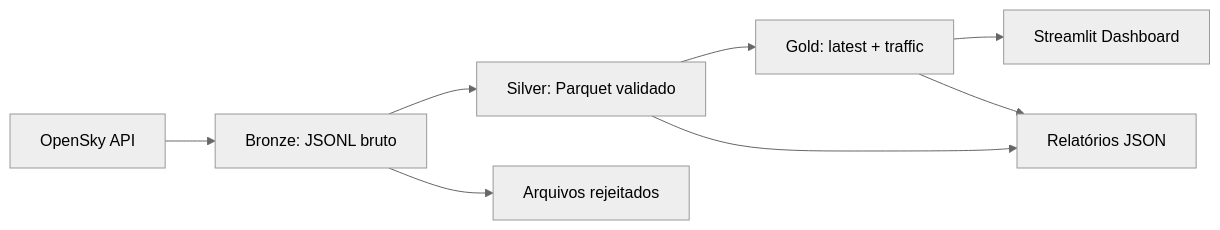
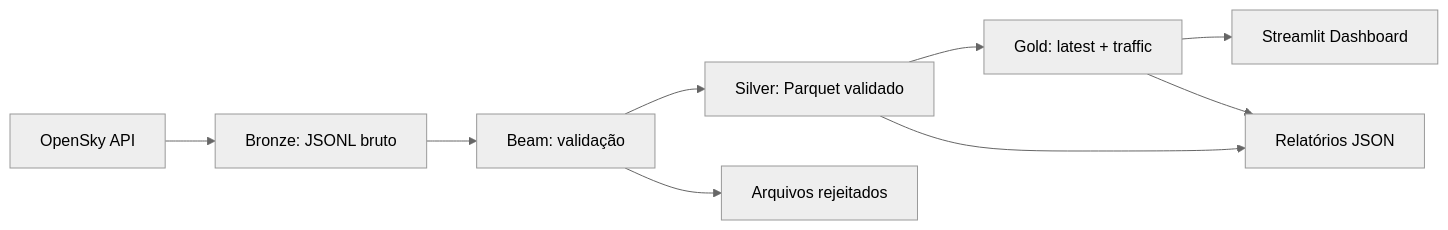
The diagram in docs/data_flow.md (Lal3x/air-traffic-medallion-pipeline), drawn with Mermaid (neutral theme) before and after one commit. The commit also changed other lines of this file and 15 other files, not shown here.

````diff
--- a/docs/data_flow.md
+++ b/docs/data_flow.md
@@ -7,10 +7,11 @@
 ```mermaid
 flowchart LR
     A[OpenSky API] --> B[Bronze: JSONL bruto]
-    B --> C[Silver: Parquet validado]
+    B --> V[Beam: validação]
+    V --> C[Silver: Parquet validado]
     C --> D[Gold: latest + traffic]
     D --> E[Streamlit Dashboard]
-    B --> F[Arquivos rejeitados]
+    V --> F[Arquivos rejeitados]
     C --> G[Relatórios JSON]
     D --> G
 ```
````
